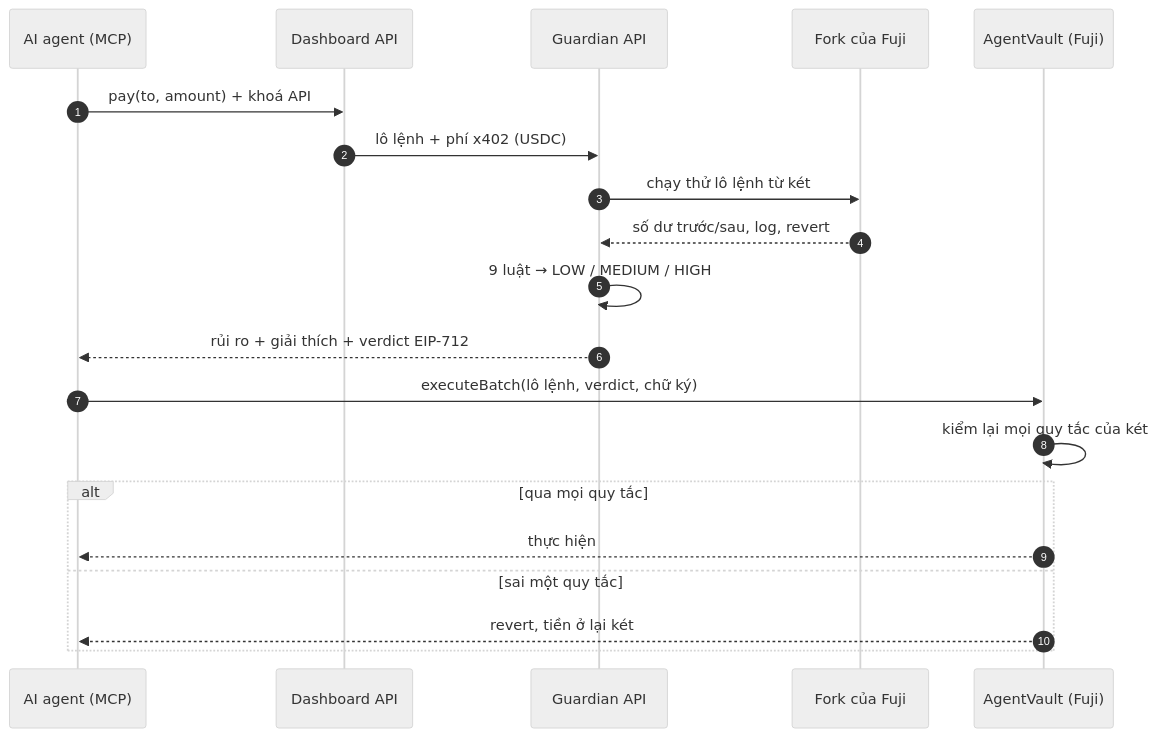
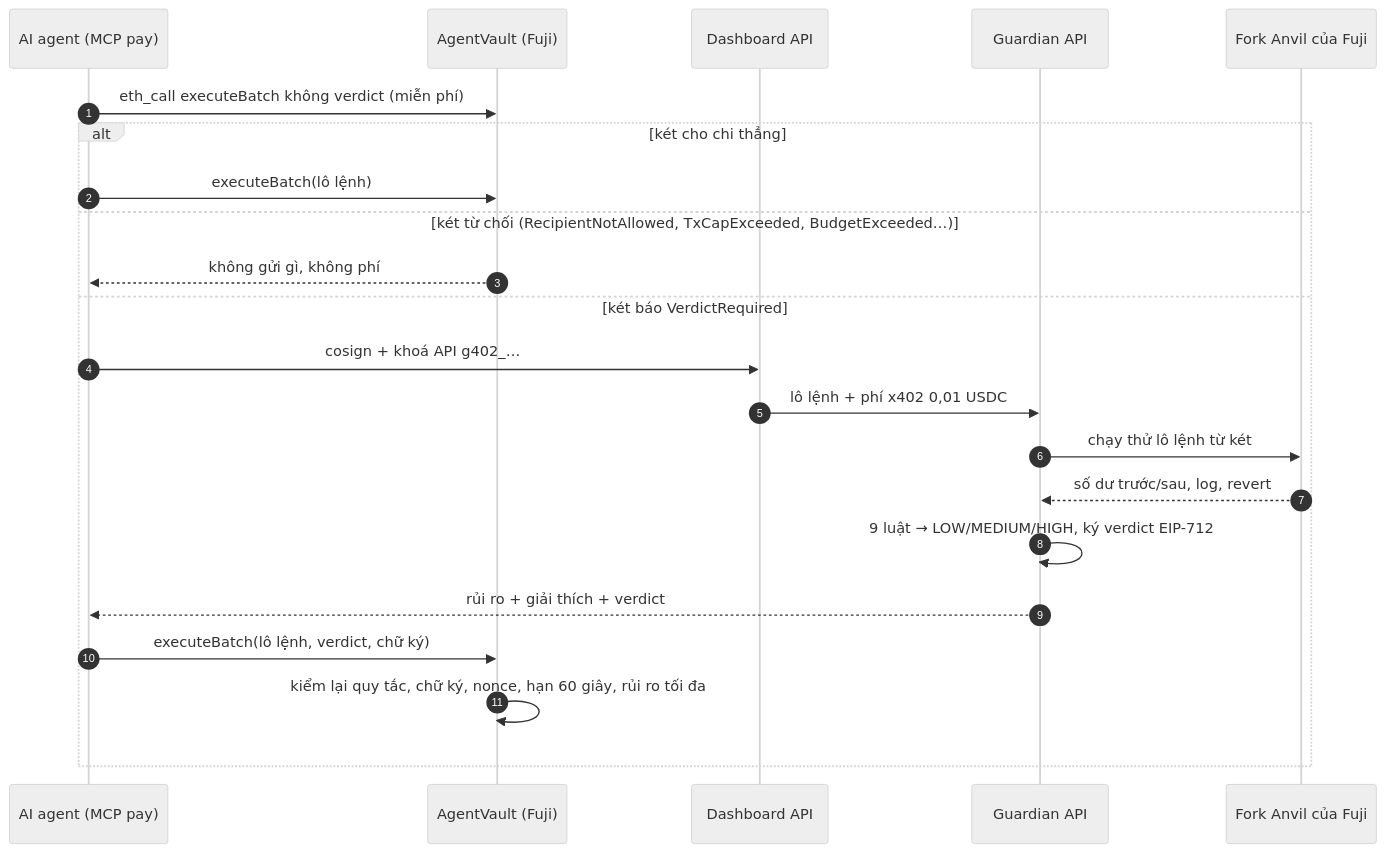
One commit to surinatheworld/guardian402 changed the diagram in README.md. Above: the diagram before and after it, drawn with Mermaid (neutral theme). The commit also changed other lines of this file and 1 other file, not shown here.

First line of the commit message:
docs(readme): restructure for reviewers, update figures and the pay flow

````diff
--- a/README.md
+++ b/README.md
@@ -72,22 +140,24 @@
 ```mermaid
 sequenceDiagram
     autonumber
-    participant A as AI agent (MCP)
+    participant A as AI agent (MCP pay)
+    participant V as AgentVault (Fuji)
     participant D as Dashboard API
     participant G as Guardian API
-    participant F as Fork của Fuji
-    participant V as AgentVault (Fuji)
-    A->>D: pay(to, amount) + khoá API
-    D->>G: lô lệnh + phí x402 (USDC)
-    G->>F: chạy thử lô lệnh từ két
-    F-->>G: số dư trước/sau, log, revert
-    G->>G: 9 luật → LOW / MEDIUM / HIGH
-    G-->>A: rủi ro + giải thích + verdict EIP-712
-    A->>V: executeBatch(lô lệnh, verdict, chữ ký)
-    V->>V: kiểm lại mọi quy tắc của két
-    alt qua mọi quy tắc
-        V-->>A: thực hiện
-    else sai một quy tắc
-        V-->>A: revert, tiền ở lại két
+    participant F as Fork Anvil của Fuji
+    A->>V: eth_call executeBatch không verdict (miễn phí)
+    alt két cho chi thẳng
+        A->>V: executeBatch(lô lệnh)
+    else két từ chối (RecipientNotAllowed, TxCapExceeded, BudgetExceeded…)
+        V-->>A: không gửi gì, không phí
+    else két báo VerdictRequired
+        A->>D: cosign + khoá API g402_…
+        D->>G: lô lệnh + phí x402 0,01 USDC
+        G->>F: chạy thử lô lệnh từ két
+        F-->>G: số dư trước/sau, log, revert
+        G->>G: 9 luật → LOW/MEDIUM/HIGH, ký verdict EIP-712
+        G-->>A: rủi ro + giải thích + verdict
+        A->>V: executeBatch(lô lệnh, verdict, chữ ký)
+        V->>V: kiểm lại quy tắc, chữ ký, nonce, hạn 60 giây, rủi ro tối đa
     end
 ```
````
